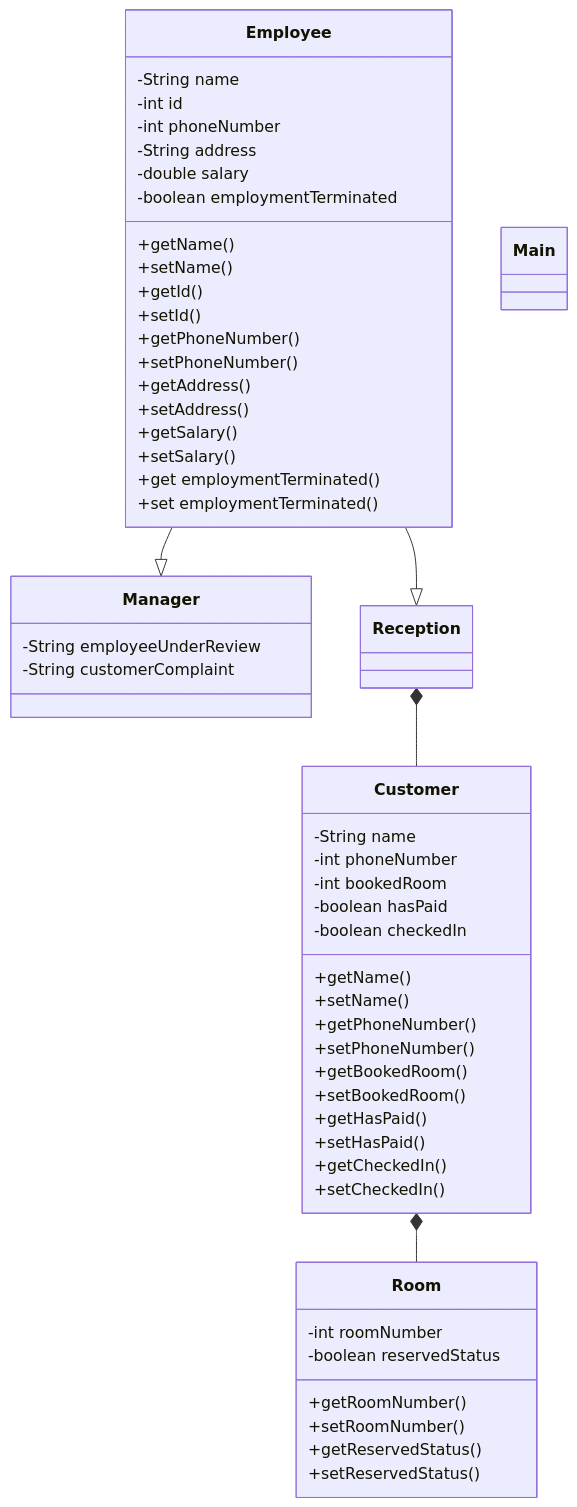
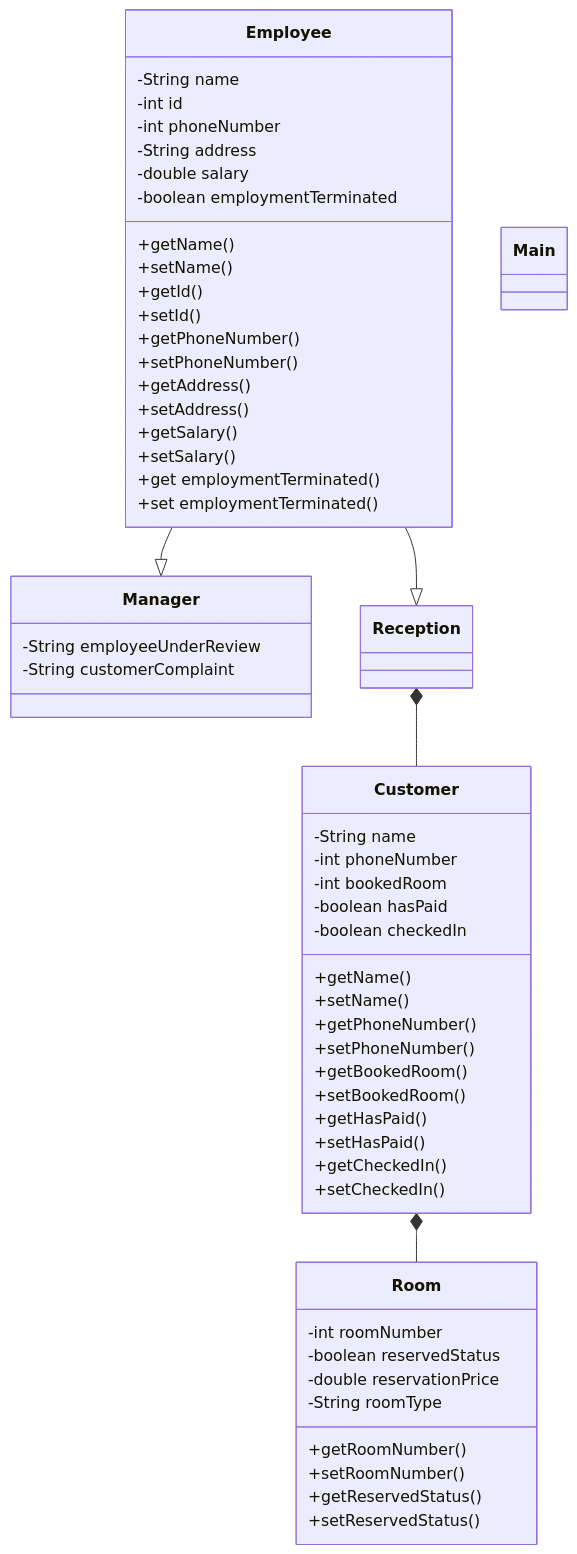
One commit to roxashrb/2425-cc3-1e-project-team-and-jerry changed the diagram in wiki/wiki.md. Above: the diagram before and after it, drawn with Mermaid.

````diff
--- a/wiki/wiki.md
+++ b/wiki/wiki.md
@@ -1,67 +1,69 @@
 ```mermaid
 classDiagram
     Customer *-- Room
     class Customer {
         -String name
         -int phoneNumber
         -int bookedRoom
         -boolean hasPaid
         -boolean checkedIn
         +getName()
         +setName()
         +getPhoneNumber()
         +setPhoneNumber()
         +getBookedRoom()
         +setBookedRoom()
         +getHasPaid()
         +setHasPaid()
         +getCheckedIn()
         +setCheckedIn()
     }
 
     class Employee {
         -String name
         -int id
         -int phoneNumber
         -String address
         -double salary
         -boolean employmentTerminated
         +getName()
         +setName()
         +getId()
         +setId()
         +getPhoneNumber()
         +setPhoneNumber()
         +getAddress()
         +setAddress()
         +getSalary()
         +setSalary()
         +get employmentTerminated()
         +set employmentTerminated()
     }
 
     class Main {
     }
 
     Employee --|> Manager
     class Manager {
         -String employeeUnderReview
         -String customerComplaint
     }
 
 
     Employee --|> Reception
     Reception *-- Customer
     class Reception {
         
     }
 
     class Room {
-      -int roomNumber
-      -boolean reservedStatus
-      +getRoomNumber()
-      +setRoomNumber()
-      +getReservedStatus()
-      +setReservedStatus()
+        -int roomNumber
+        -boolean reservedStatus
+        -double reservationPrice
+        -String roomType
+        +getRoomNumber()
+        +setRoomNumber()
+        +getReservedStatus()
+        +setReservedStatus()
     }
 ```
````
